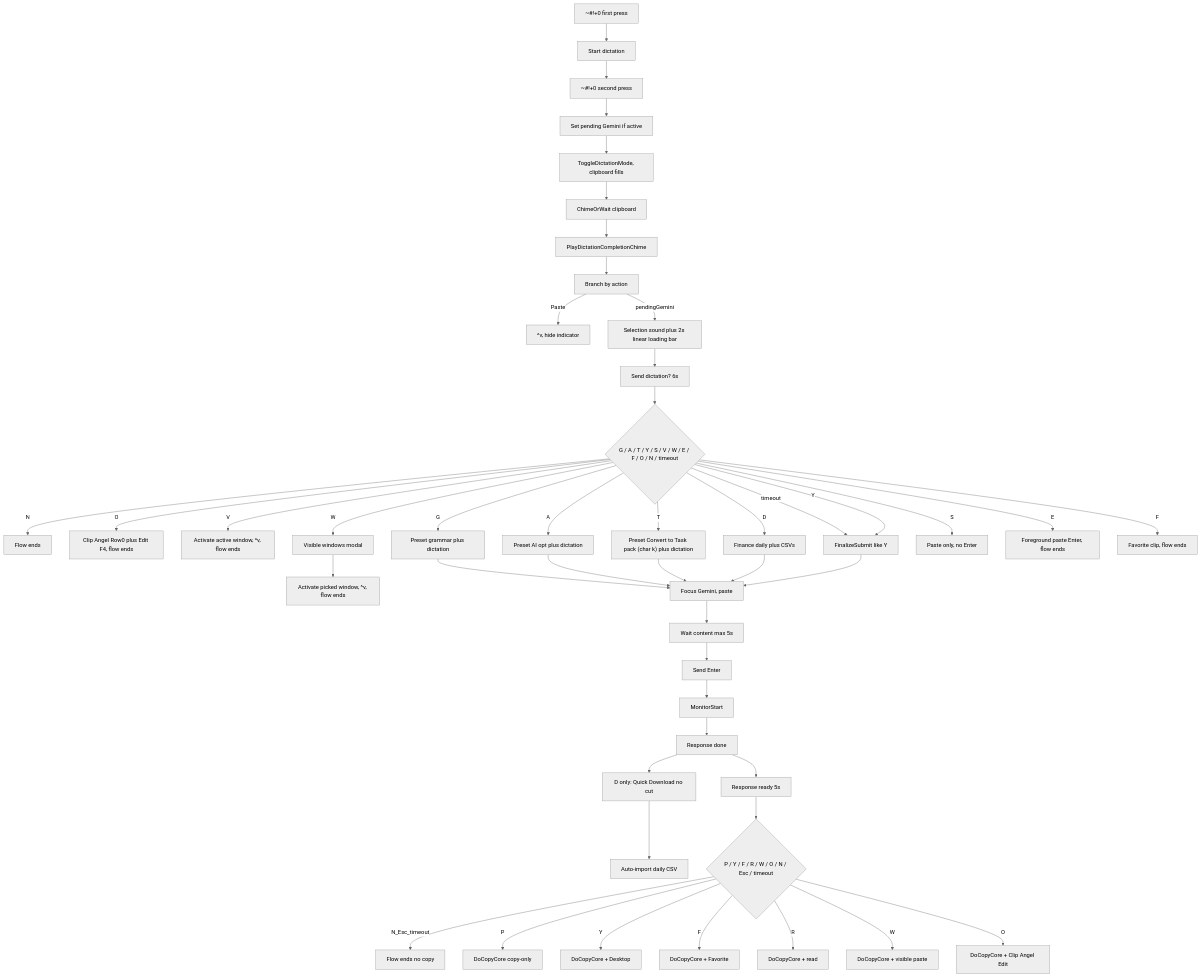
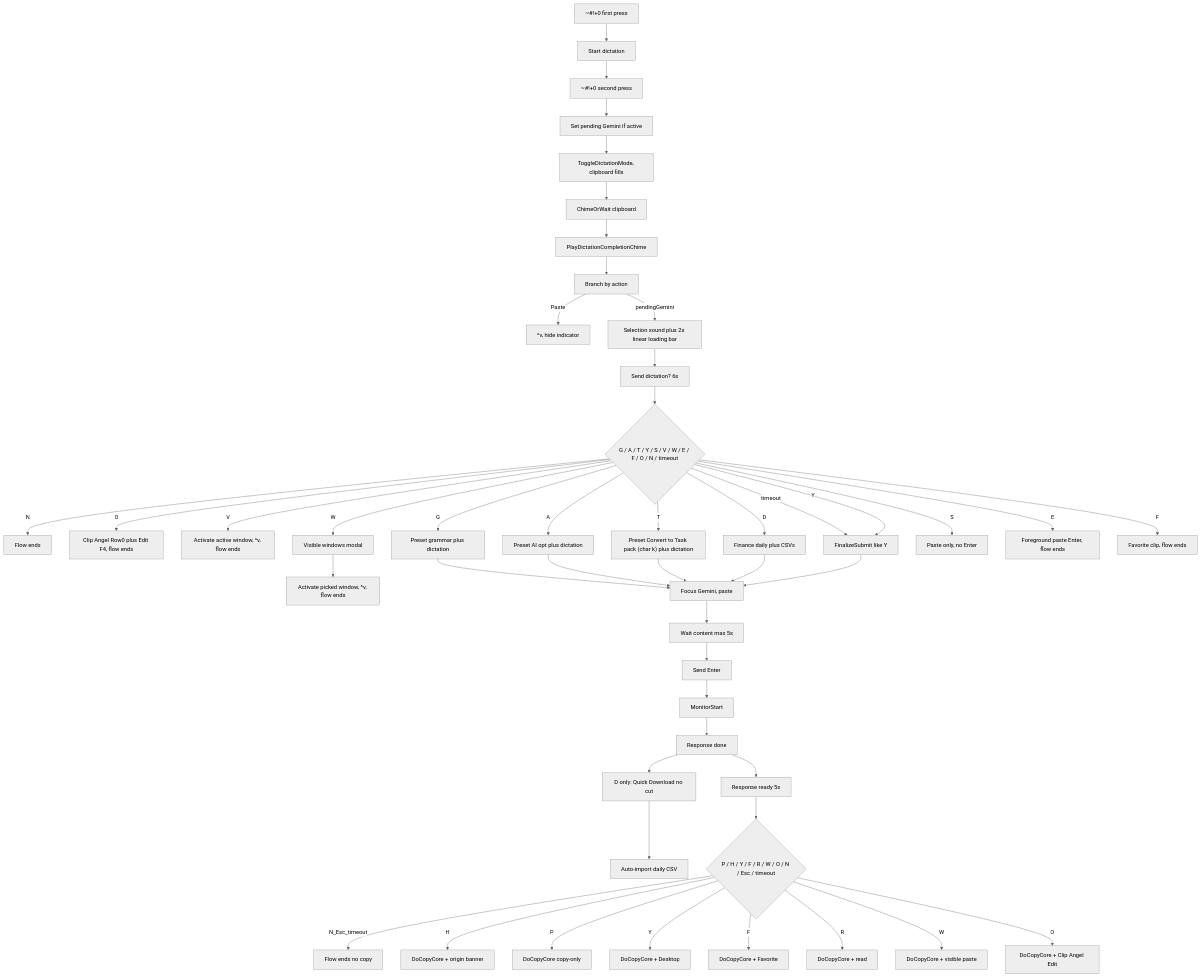
The first of 2 diagrams in docs/dictation-to-gemini-cursor-flow.md (duducm2/scripts), drawn with Mermaid (neutral theme) before and after one commit. The commit also changed other lines of this file and 1 other file, not shown here.

````diff
--- a/docs/dictation-to-gemini-cursor-flow.md
+++ b/docs/dictation-to-gemini-cursor-flow.md
@@ -25,49 +25,50 @@
 ```mermaid
 flowchart TB
     H0["~#!+0 first press"]
     H0 --> StartDict["Start dictation"]
     StartDict --> H0Stop["~#!+0 second press"]
     H0Stop --> SetPending["Set pending Gemini if active"]
     SetPending --> ToggleMode["ToggleDictationMode, clipboard fills"]
     ToggleMode --> WaitClip["ChimeOrWait clipboard"]
     WaitClip --> PlayChime["PlayDictationCompletionChime"]
     PlayChime --> Branch["Branch by action"]
     Branch --> |"Paste"| PasteOnly["^v, hide indicator"]
     Branch --> |"pendingGemini"| PreMenu["Selection sound plus 2s linear loading bar"]
     PreMenu --> ShowAndWait["Send dictation? 6s"]
     ShowAndWait --> User6s{"G / A / T / Y / S / V / W / E / F / O / N / timeout"}
     User6s --> |"N"| Stop6s["Flow ends"]
     User6s --> |"O"| ClipAngelOpen["Clip Angel Row0 plus Edit F4, flow ends"]
     User6s --> |"V"| PasteOrig["Activate active window, ^v, flow ends"]
     User6s --> |"W"| VisiblePick["Visible windows modal"]
     VisiblePick --> PasteVisible["Activate picked window, ^v, flow ends"]
     User6s --> |"timeout"| Finalize["FinalizeSubmit like Y"]
     User6s --> |"Y"| Finalize
     User6s --> |"G"| FinalizePreset["Preset grammar plus dictation"]
     User6s --> |"A"| FinalizeAiopt["Preset AI opt plus dictation"]
     User6s --> |"T"| FinalizeTaskPack["Preset Convert to Task pack (char k) plus dictation"]
     User6s --> |"D"| FinalizeFinance["Finance daily plus CSVs"]
     FinalizePreset --> PasteGemini
     FinalizeAiopt --> PasteGemini
     FinalizeTaskPack --> PasteGemini
     FinalizeFinance --> PasteGemini
     User6s --> |"S"| PasteOnly6s["Paste only, no Enter"]
     User6s --> |"E"| PasteSendHere["Foreground paste Enter, flow ends"]
     User6s --> |"F"| FavoriteClip["Favorite clip, flow ends"]
     Finalize --> PasteGemini["Focus Gemini, paste"]
     PasteGemini --> WaitContent["Wait content max 5s"]
     WaitContent --> SendEnter["Send Enter"]
     SendEnter --> StartMonitor["MonitorStart"]
     StartMonitor --> ResponseDone["Response done"]
     ResponseDone --> BannerCopy["Response ready 5s"]
     ResponseDone --> WaitFinance["D only: Quick Download no cut"]
     WaitFinance --> ImportDaily["Auto-import daily CSV"]
-    BannerCopy --> UserCopy{"P / Y / F / R / W / O / N / Esc / timeout"}
+    BannerCopy --> UserCopy{"P / H / Y / F / R / W / O / N / Esc / timeout"}
     UserCopy --> |"N_Esc_timeout"| StopCopy["Flow ends no copy"]
+    UserCopy --> |"H"| DoHere["DoCopyCore + origin banner"]
     UserCopy --> |"P"| DoCopyOnly["DoCopyCore copy-only"]
     UserCopy --> |"Y"| DoDesktop["DoCopyCore + Desktop"]
     UserCopy --> |"F"| DoFavorite["DoCopyCore + Favorite"]
     UserCopy --> |"R"| DoCopyRead["DoCopyCore + read"]
     UserCopy --> |"W"| DoPasteWin["DoCopyCore + visible paste"]
     UserCopy --> |"O"| DoClipAngel["DoCopyCore + Clip Angel Edit"]
 ```
````
